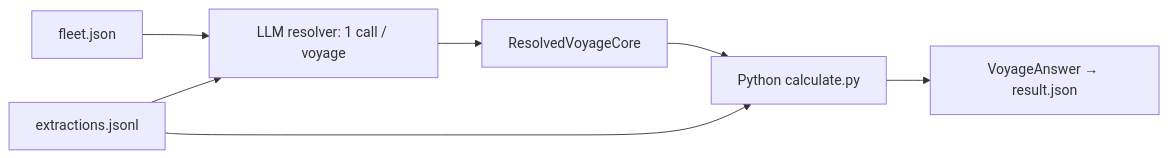
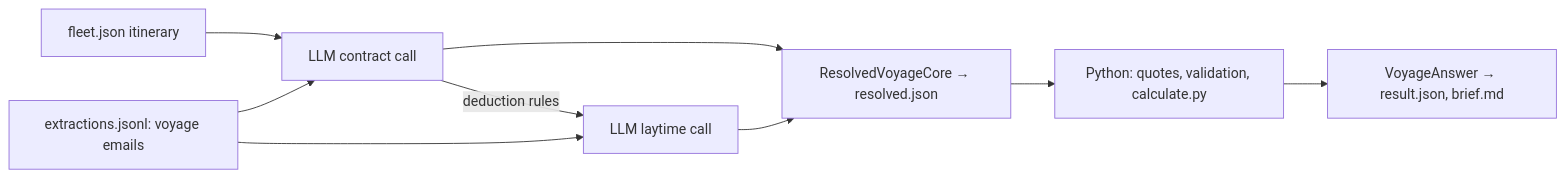
One commit to silviiaromanato/demurrage changed the third of 5 diagrams in ARCHITECTURE.md. Above: the diagram before and after it, drawn with Mermaid. The commit also changed other lines of this file and 23 other files, not shown here.

````diff
--- a/ARCHITECTURE.md
+++ b/ARCHITECTURE.md
@@ -174,9 +186,11 @@
 ```mermaid
 flowchart LR
-    Fleet["fleet.json"] --> Resolver["LLM resolver: 1 call / voyage"]
-    Extractions["extractions.jsonl"] --> Resolver
-    Resolver --> Core["ResolvedVoyageCore"]
-    Core --> Py["Python calculate.py"]
-    Extractions --> Py
-    Py --> Dump["VoyageAnswer → result.json"]
+    Fleet["fleet.json itinerary"] --> C["LLM contract call"]
+    Extractions["extractions.jsonl: voyage emails"] --> C
+    C -- "deduction rules" --> L["LLM laytime call"]
+    Extractions --> L
+    C --> Core["ResolvedVoyageCore → resolved.json"]
+    L --> Core
+    Core --> Py["Python: quotes, validation, calculate.py"]
+    Py --> Dump["VoyageAnswer → result.json, brief.md"]
 ```
````
